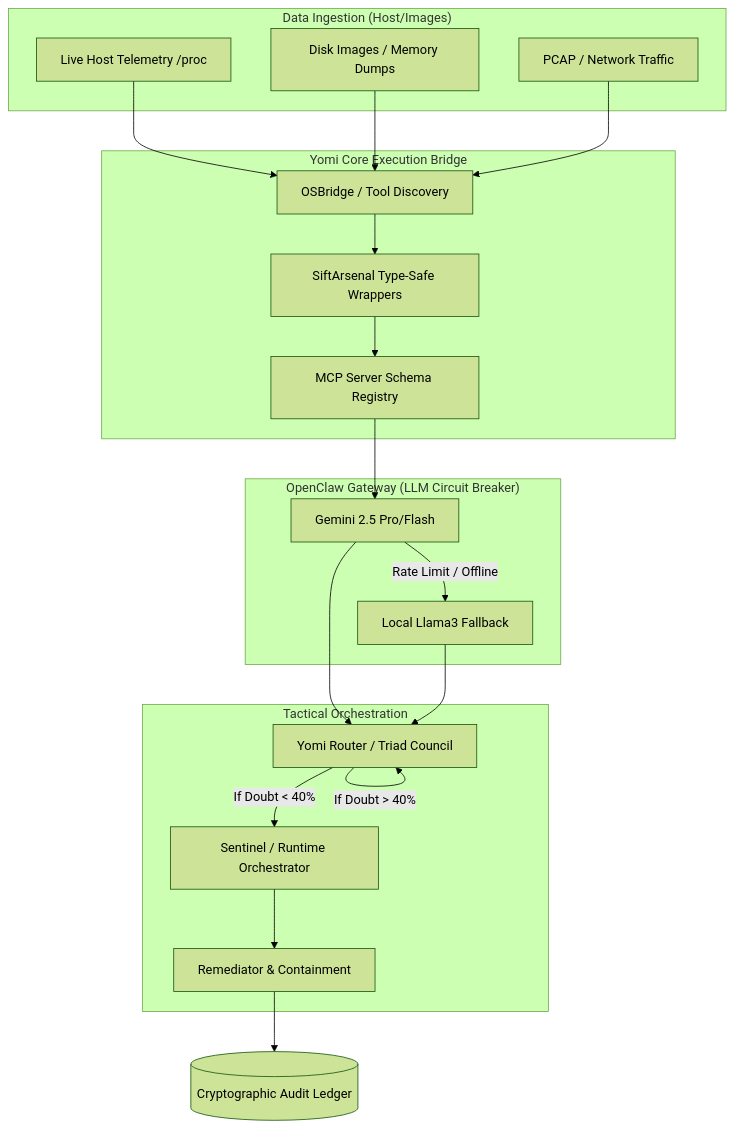
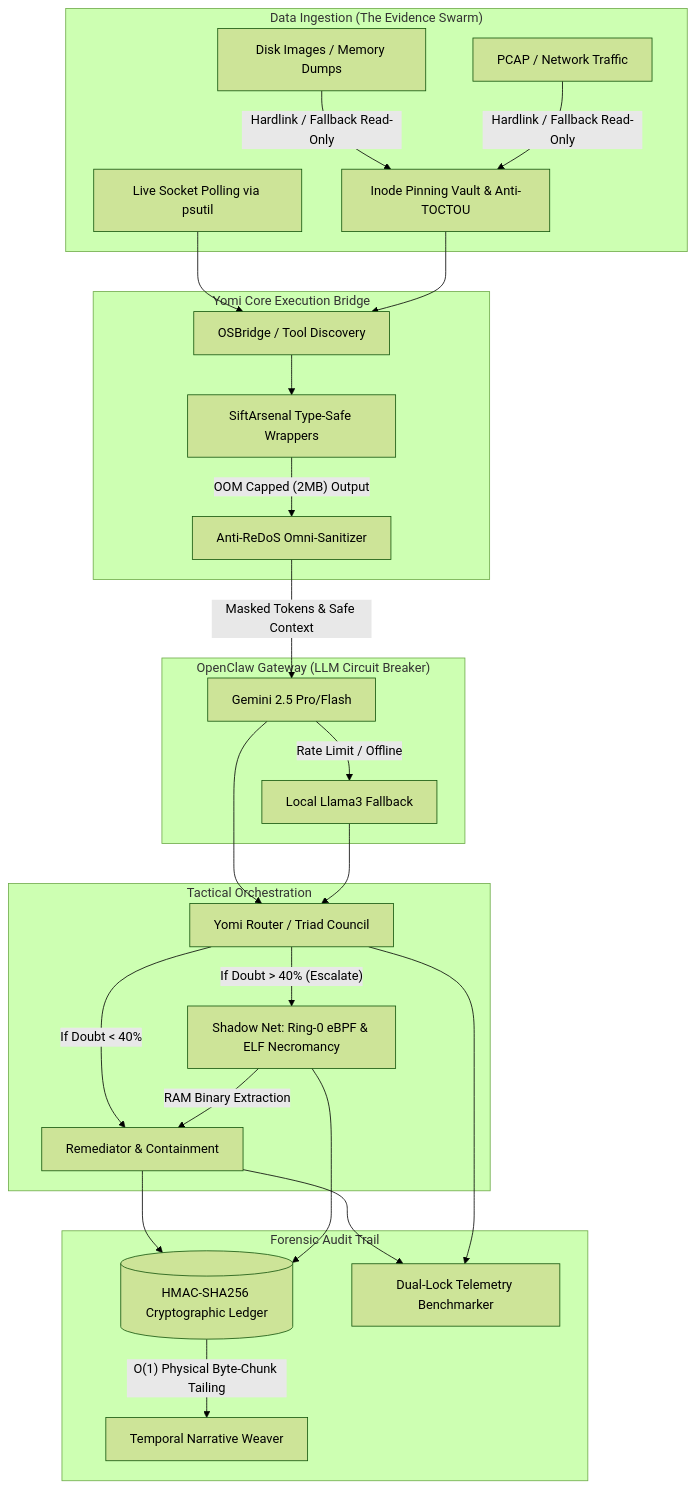
The first of 4 diagrams in README.md (ArcVielLouvent/yomi-triage-system), drawn with Mermaid (forest theme) before and after one commit. The commit also changed other lines of this file, not shown here.

Commit message:
docs(readme): non-destructive surgical update of system architecture and feature list

````diff
--- a/README.md
+++ b/README.md
@@ -82,44 +82,53 @@
 ```mermaid
 graph TD;
-    %% Artifact Sources
-    subgraph "Data Ingestion (Host/Images)"
-        A1[Live Host Telemetry /proc]
+    %% Artifact Sources & Evidence Swarm
+    subgraph "Data Ingestion (The Evidence Swarm)"
+        A1[Live Socket Polling via psutil]
         A2[Disk Images / Memory Dumps]
         A3[PCAP / Network Traffic]
+        V[Inode Pinning Vault & Anti-TOCTOU]
+        A2 & A3 -- "Hardlink / Fallback Read-Only" --> V
     end
 
     %% Yomi Hardware Abstraction
     subgraph "Yomi Core Execution Bridge"
         B[OSBridge / Tool Discovery]
         C[SiftArsenal Type-Safe Wrappers]
-        D[MCP Server Schema Registry]
+        S[Anti-ReDoS Omni-Sanitizer]
     end
 
     %% AI Brain
     subgraph "OpenClaw Gateway (LLM Circuit Breaker)"
         E1[Gemini 2.5 Pro/Flash]
         E2[Local Llama3 Fallback]
     end
 
     %% Triage & Action
     subgraph "Tactical Orchestration"
         F[Yomi Router / Triad Council]
-        G[Sentinel / Runtime Orchestrator]
+        G[Shadow Net: Ring-0 eBPF & ELF Necromancy]
         I[Remediator & Containment]
     end
 
-    H[(Cryptographic Audit Ledger)]
+    %% Audit & Reporting
+    subgraph "Forensic Audit Trail"
+        H[(HMAC-SHA256 Cryptographic Ledger)]
+        W[Temporal Narrative Weaver]
+        T[Dual-Lock Telemetry Benchmarker]
+    end
 
     %% Data Flow
-    A1 & A2 & A3 --> B
+    A1 & V --> B
     B --> C
-    C --> D
-    D --> E1
+    C -- "OOM Capped (2MB) Output" --> S
+    S -- "Masked Tokens & Safe Context" --> E1
     E1 -- "Rate Limit / Offline" --> E2
     E1 & E2 --> F
-    F -- "If Doubt < 40%" --> G
-    F -- "If Doubt > 40%" --> F
-    G --> I
-    I --> H
+    F -- "If Doubt < 40%" --> I
+    F -- "If Doubt > 40% (Escalate)" --> G
+    G -- "RAM Binary Extraction" --> I
+    I & F --> T
+    I & G --> H
+    H -- "O(1) Physical Byte-Chunk Tailing" --> W
 
 ```
````
